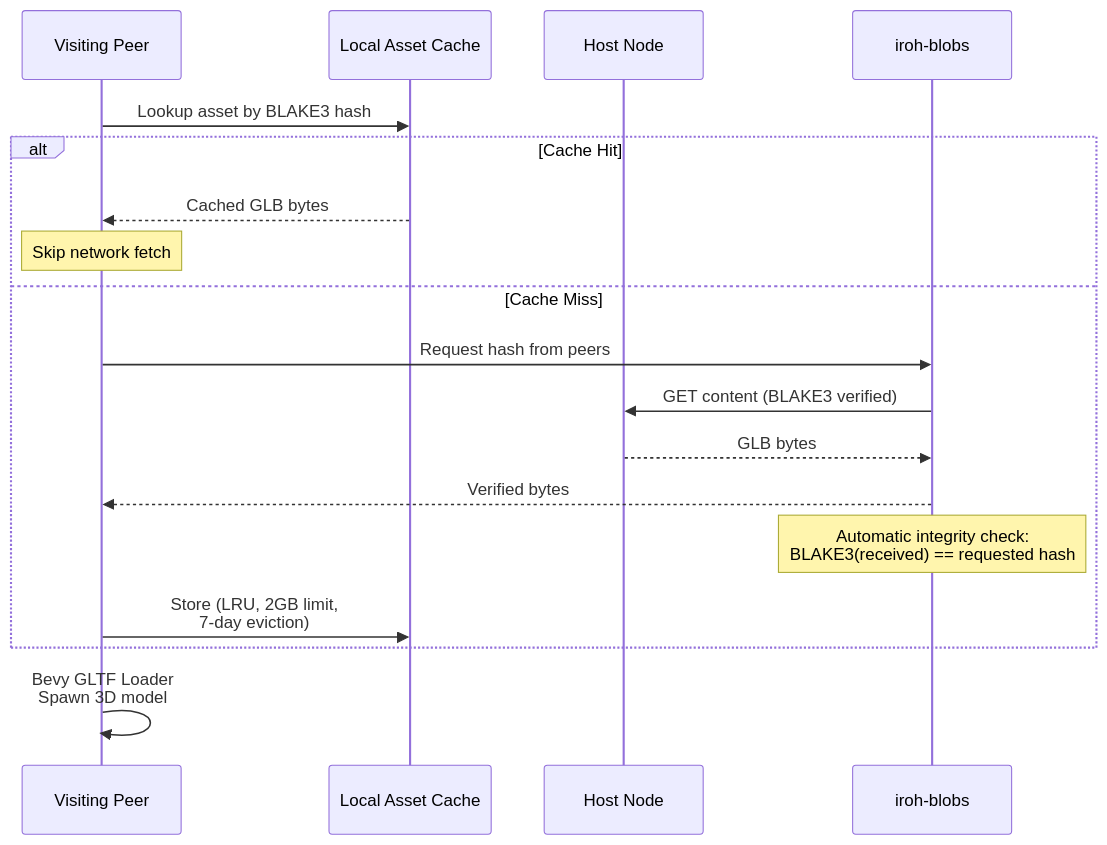
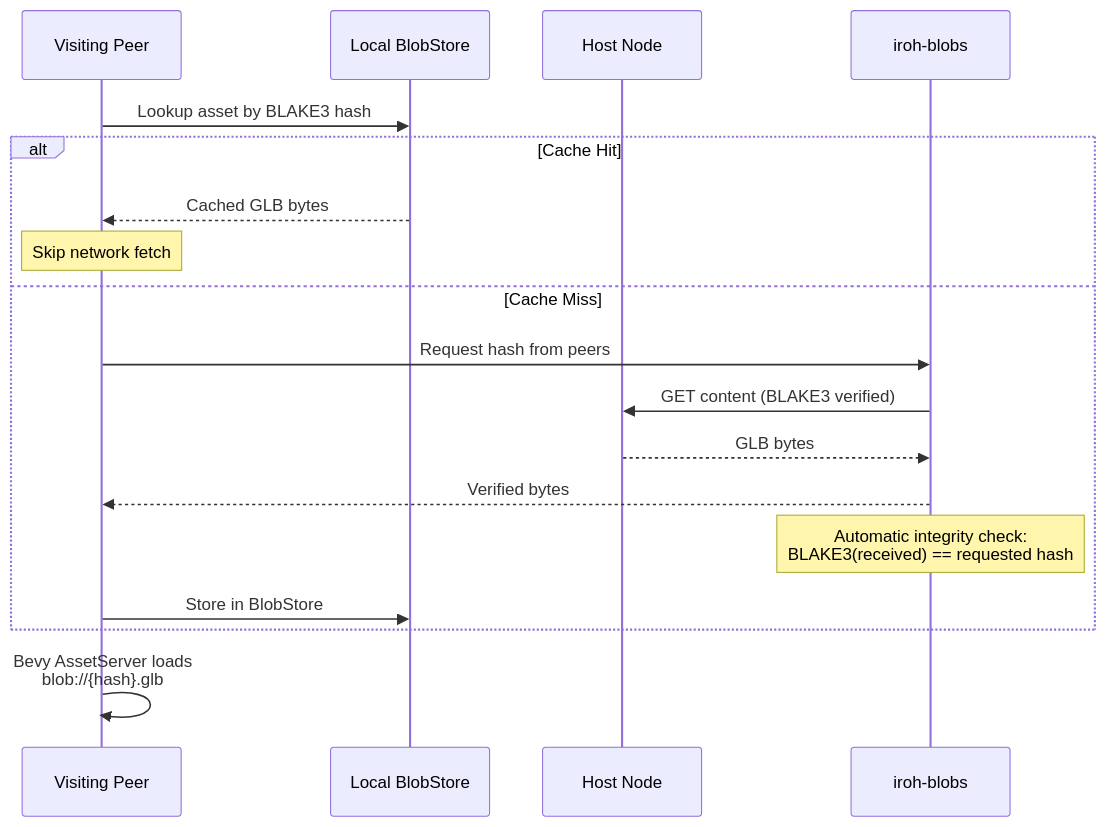
Before and after one commit to Escherbridge/fractalengine: the third of 4 diagrams in docs/diagrams/07-asset-pipeline.md, drawn with Mermaid. The commit also changed other lines of this file and 81 other files, not shown here.

````diff
--- a/docs/diagrams/07-asset-pipeline.md
+++ b/docs/diagrams/07-asset-pipeline.md
@@ -28,23 +55,23 @@
 ```mermaid
 sequenceDiagram
     participant Visitor as Visiting Peer
-    participant Cache as Local Asset Cache
+    participant Cache as Local BlobStore
     participant Host as Host Node
     participant Blobs as iroh-blobs
 
     Visitor->>Cache: Lookup asset by BLAKE3 hash
     alt Cache Hit
         Cache-->>Visitor: Cached GLB bytes
         Note over Visitor: Skip network fetch
     else Cache Miss
         Visitor->>Blobs: Request hash from peers
         Blobs->>Host: GET content (BLAKE3 verified)
         Host-->>Blobs: GLB bytes
         Blobs-->>Visitor: Verified bytes
         Note over Blobs: Automatic integrity check:<br/>BLAKE3(received) == requested hash
 
-        Visitor->>Cache: Store (LRU, 2GB limit,<br/>7-day eviction)
+        Visitor->>Cache: Store in BlobStore
     end
 
-    Visitor->>Visitor: Bevy GLTF Loader<br/>Spawn 3D model
+    Visitor->>Visitor: Bevy AssetServer loads<br/>blob://{hash}.glb#Scene0
 ```
````
